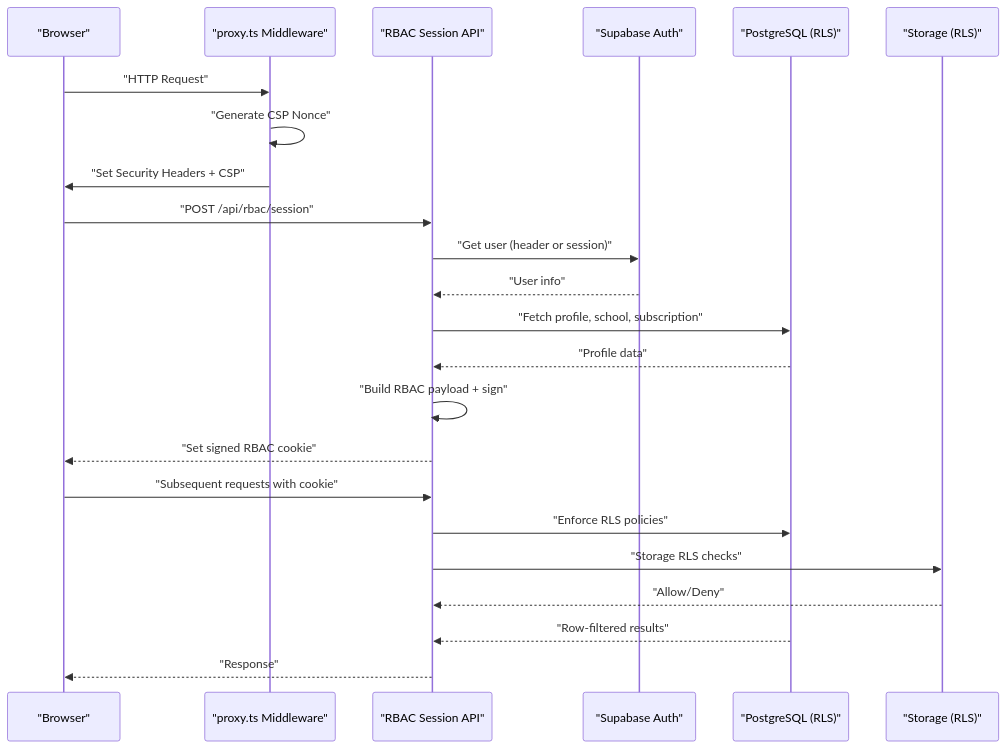
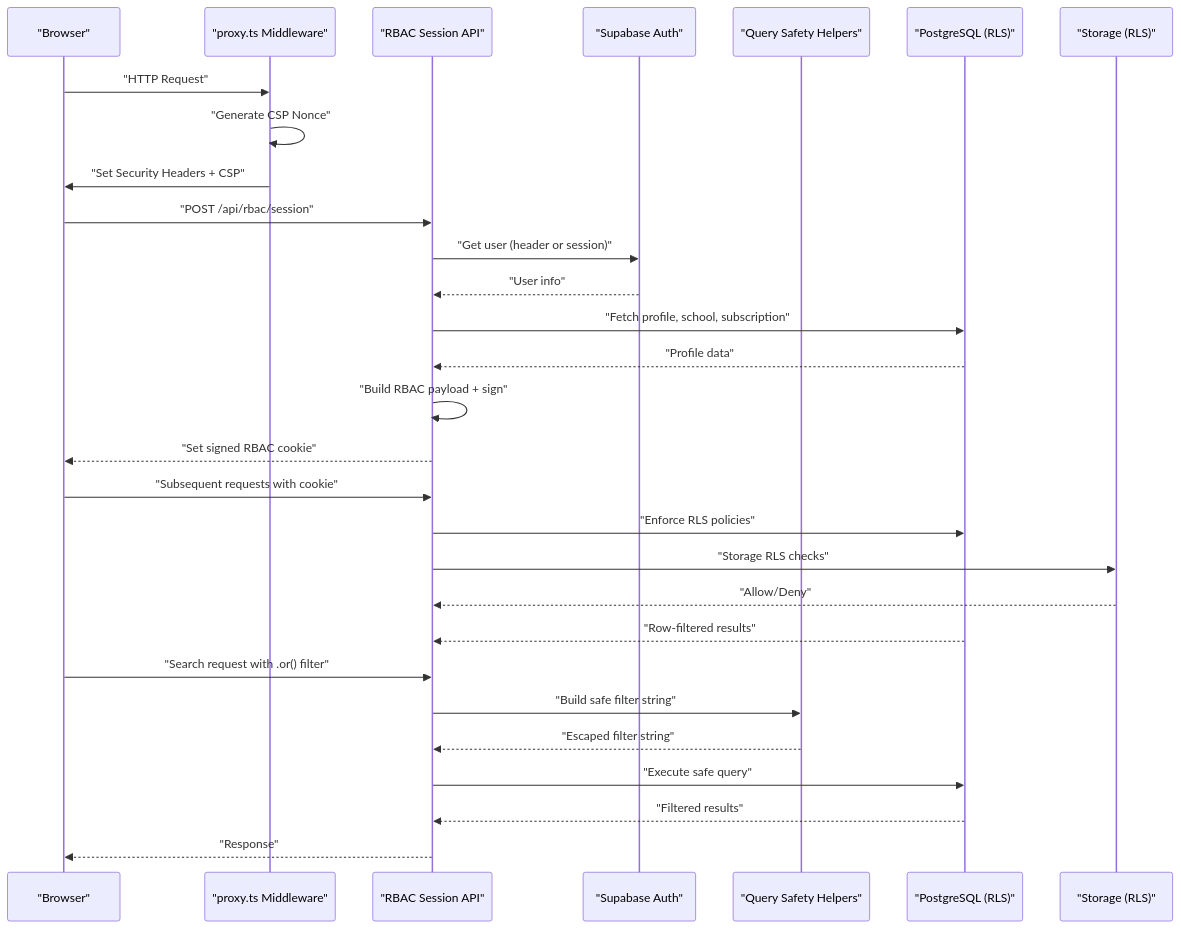
One commit to mustafaalkusaj/appschoolmustafa2002 changed the second of 10 diagrams in .qoder/repowiki/en/content/Security Implementation/Security Implementation.md. Above: the diagram before and after it, drawn with Mermaid. The commit also changed other lines of this file and 8 other files, not shown here.

````diff
--- a/.qoder/repowiki/en/content/Security Implementation/Security Implementation.md
+++ b/.qoder/repowiki/en/content/Security Implementation/Security Implementation.md
@@ -143,25 +151,31 @@
 ```mermaid
 sequenceDiagram
 participant Client as "Browser"
 participant Proxy as "proxy.ts Middleware"
 participant API as "RBAC Session API"
 participant Supabase as "Supabase Auth"
+participant QueryHelpers as "Query Safety Helpers"
 participant DB as "PostgreSQL (RLS)"
 participant Storage as "Storage (RLS)"
 Client->>Proxy : "HTTP Request"
 Proxy->>Proxy : "Generate CSP Nonce"
 Proxy->>Client : "Set Security Headers + CSP"
 Client->>API : "POST /api/rbac/session"
 API->>Supabase : "Get user (header or session)"
 Supabase-->>API : "User info"
 API->>DB : "Fetch profile, school, subscription"
 DB-->>API : "Profile data"
 API->>API : "Build RBAC payload + sign"
 API-->>Client : "Set signed RBAC cookie"
 Client->>API : "Subsequent requests with cookie"
 API->>DB : "Enforce RLS policies"
 API->>Storage : "Storage RLS checks"
 Storage-->>API : "Allow/Deny"
 DB-->>API : "Row-filtered results"
+Client->>API : "Search request with .or() filter"
+API->>QueryHelpers : "Build safe filter string"
+QueryHelpers-->>API : "Escaped filter string"
+API->>DB : "Execute safe query"
+DB-->>API : "Filtered results"
 API-->>Client : "Response"
 ```
````
